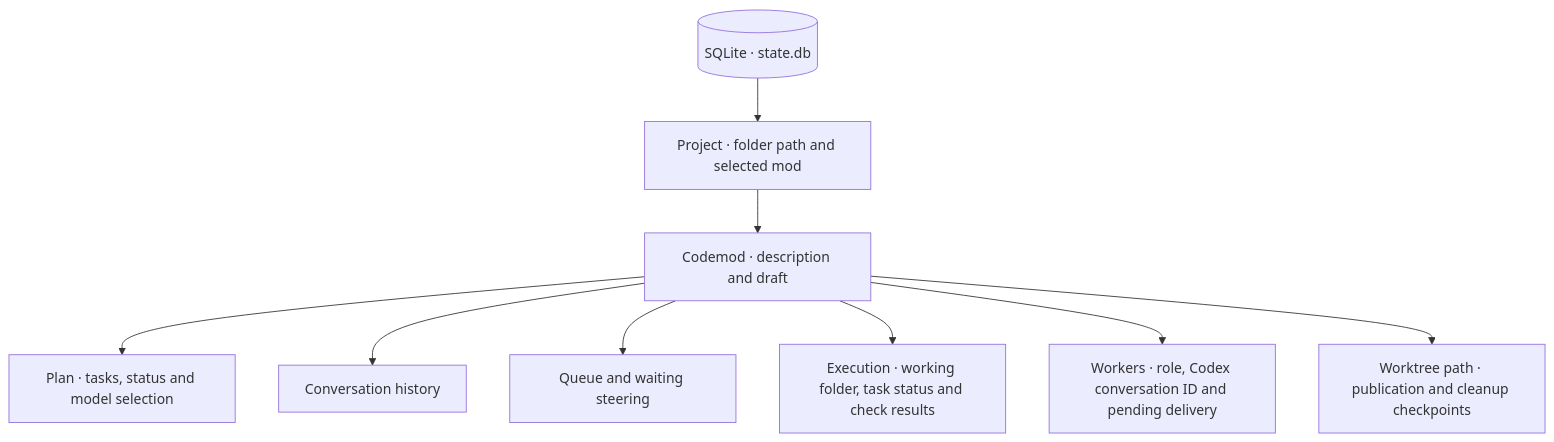
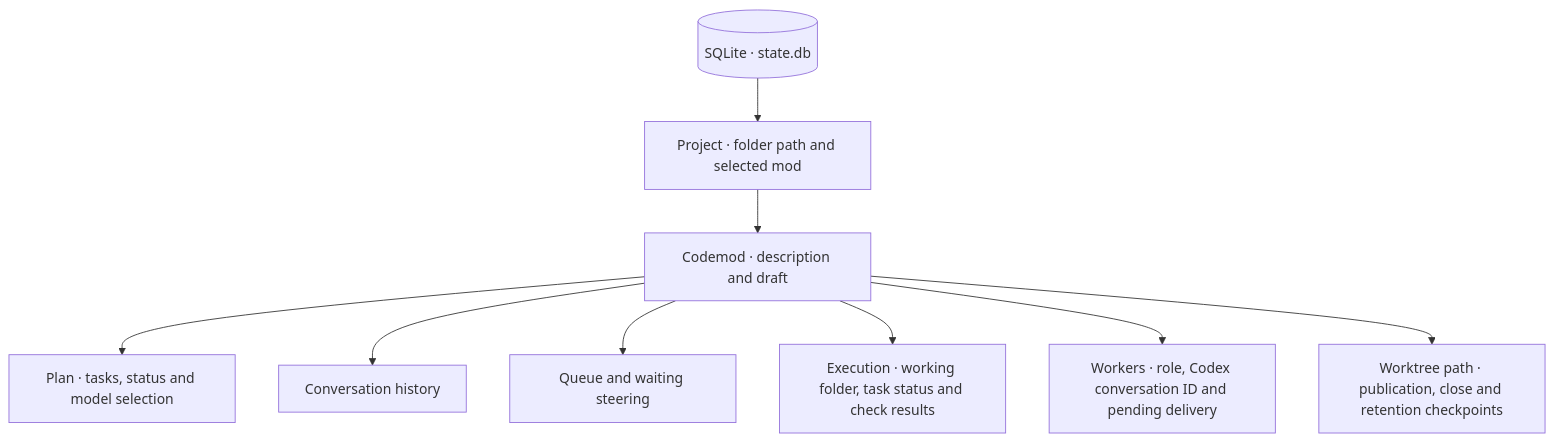
One commit to minimumeffort-dev/sprowt.harness changed the diagram in docs/local-state.md. Above: the diagram before and after it, drawn with Mermaid. The commit also changed other lines of this file and 18 other files, not shown here.

````diff
--- a/docs/local-state.md
+++ b/docs/local-state.md
@@ -5,11 +5,11 @@
 ```mermaid
 flowchart TB
     database[("SQLite · state.db")] --> project["Project · folder path and selected mod"]
     project --> mod["Codemod · description and draft"]
     mod --> plan["Plan · tasks, status and model selection"]
     mod --> messages["Conversation history"]
     mod --> pending["Queue and waiting steering"]
     mod --> execution["Execution · working folder, task status and check results"]
     mod --> workers["Workers · role, Codex conversation ID and pending delivery"]
-    mod --> git["Worktree path · publication and cleanup checkpoints"]
+    mod --> git["Worktree path · publication, close and retention checkpoints"]
 ```
````
